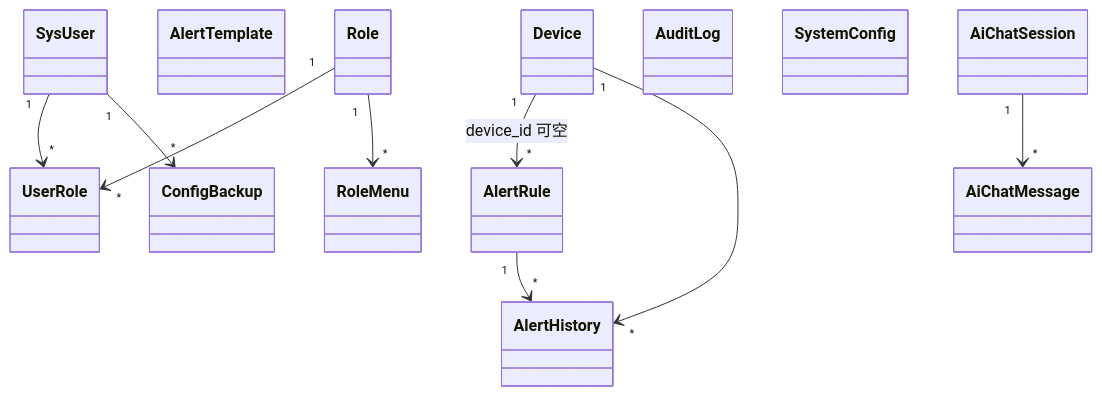
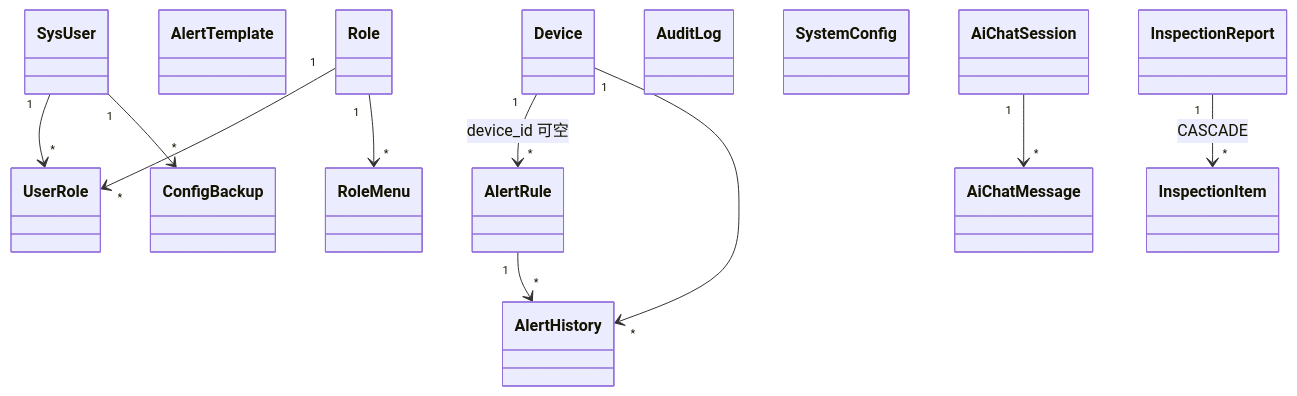
One commit to zedberark/jiankong changed the seventh of 9 diagrams in docs/论文-类图-Mermaid合集.md. Above: the diagram before and after it, drawn with Mermaid. The commit also changed other lines of this file and 17 other files, not shown here.

````diff
--- a/docs/论文-类图-Mermaid合集.md
+++ b/docs/论文-类图-Mermaid合集.md
@@ -235,24 +235,27 @@
 ```mermaid
 classDiagram
     class Device
     class AlertRule
     class AlertHistory
     class AlertTemplate
     class SysUser
     class Role
     class UserRole
     class RoleMenu
     class AuditLog
     class SystemConfig
     class ConfigBackup
     class AiChatSession
     class AiChatMessage
+    class InspectionReport
+    class InspectionItem
     SysUser "1" --> "*" UserRole
     Role "1" --> "*" UserRole
     Role "1" --> "*" RoleMenu
     Device "1" --> "*" AlertRule : device_id 可空
     Device "1" --> "*" AlertHistory
     AlertRule "1" --> "*" AlertHistory
     SysUser "1" --> "*" ConfigBackup
     AiChatSession "1" --> "*" AiChatMessage
+    InspectionReport "1" --> "*" InspectionItem : CASCADE
 ```
````
